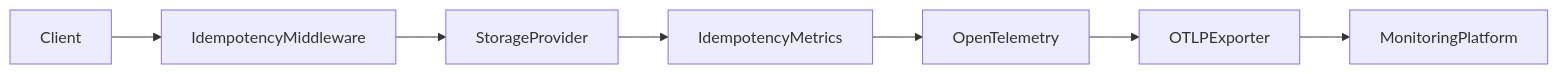
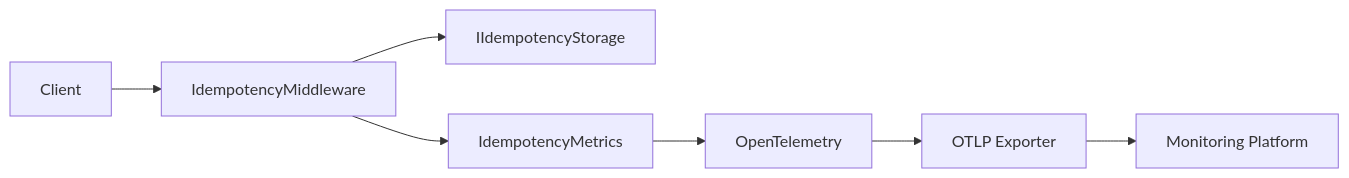
One commit to FEDERIN/CoreSystem changed the diagram in docs/Idempotency/Observability.md. Above: the diagram before and after it, drawn with Mermaid. The commit also changed other lines of this file and 23 other files, not shown here.

````diff
--- a/docs/Idempotency/Observability.md
+++ b/docs/Idempotency/Observability.md
@@ -26,17 +30,17 @@
 ```mermaid
 flowchart LR
 
     Client
 
-    --> IdempotencyMiddleware
+    --> Middleware["IdempotencyMiddleware"]
 
-    --> StorageProvider
+    Middleware --> Storage["IIdempotencyStorage"]
 
-    --> IdempotencyMetrics
+    Middleware --> Metrics["IdempotencyMetrics"]
 
-    --> OpenTelemetry
+    Metrics --> OpenTelemetry
 
-    --> OTLPExporter
+    OpenTelemetry --> Exporter["OTLP Exporter"]
 
-    --> MonitoringPlatform
+    Exporter --> Platform["Monitoring Platform"]
 ```
````
